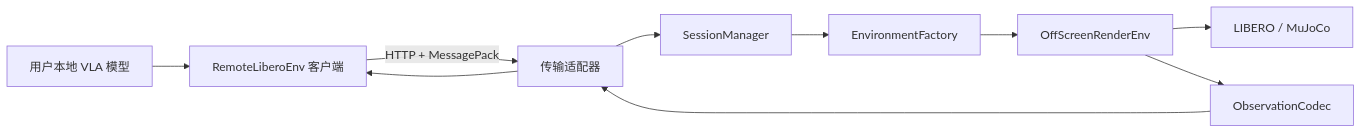
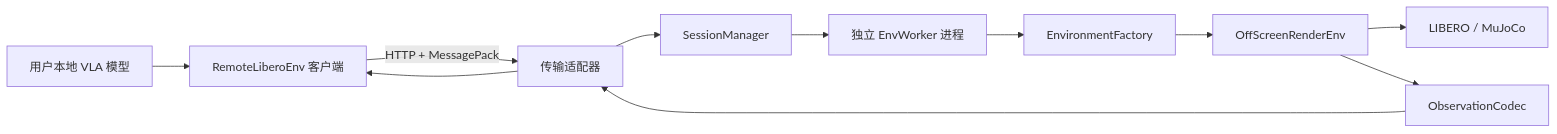
Before and after one commit to LIBERO-Pro-Team/LIBERO-Pro2.0: the first of 2 diagrams in README.md, drawn with Mermaid. The commit also changed other lines of this file and 37 other files, not shown here.

````diff
--- a/README.md
+++ b/README.md
@@ -75,12 +191,13 @@
 ```mermaid
 flowchart LR
     M["用户本地 VLA 模型"] --> C["RemoteLiberoEnv 客户端"]
     C -->|"HTTP + MessagePack"| T["传输适配器"]
     T --> S["SessionManager"]
-    S --> F["EnvironmentFactory"]
+    S --> W["独立 EnvWorker 进程"]
+    W --> F["EnvironmentFactory"]
     F --> E["OffScreenRenderEnv"]
     E --> U["LIBERO / MuJoCo"]
     E --> O["ObservationCodec"]
     O --> T
     T --> C
 ```
````
